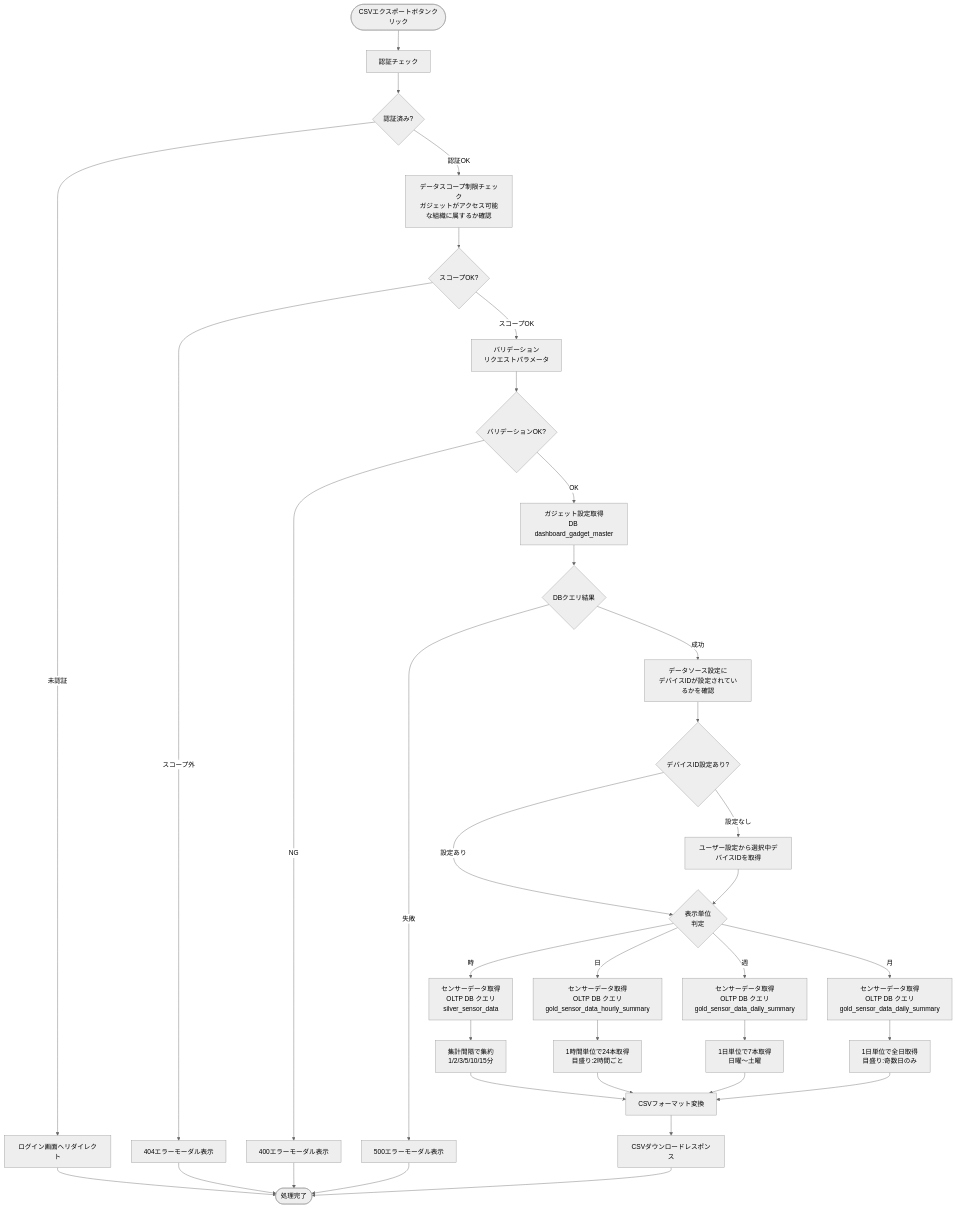
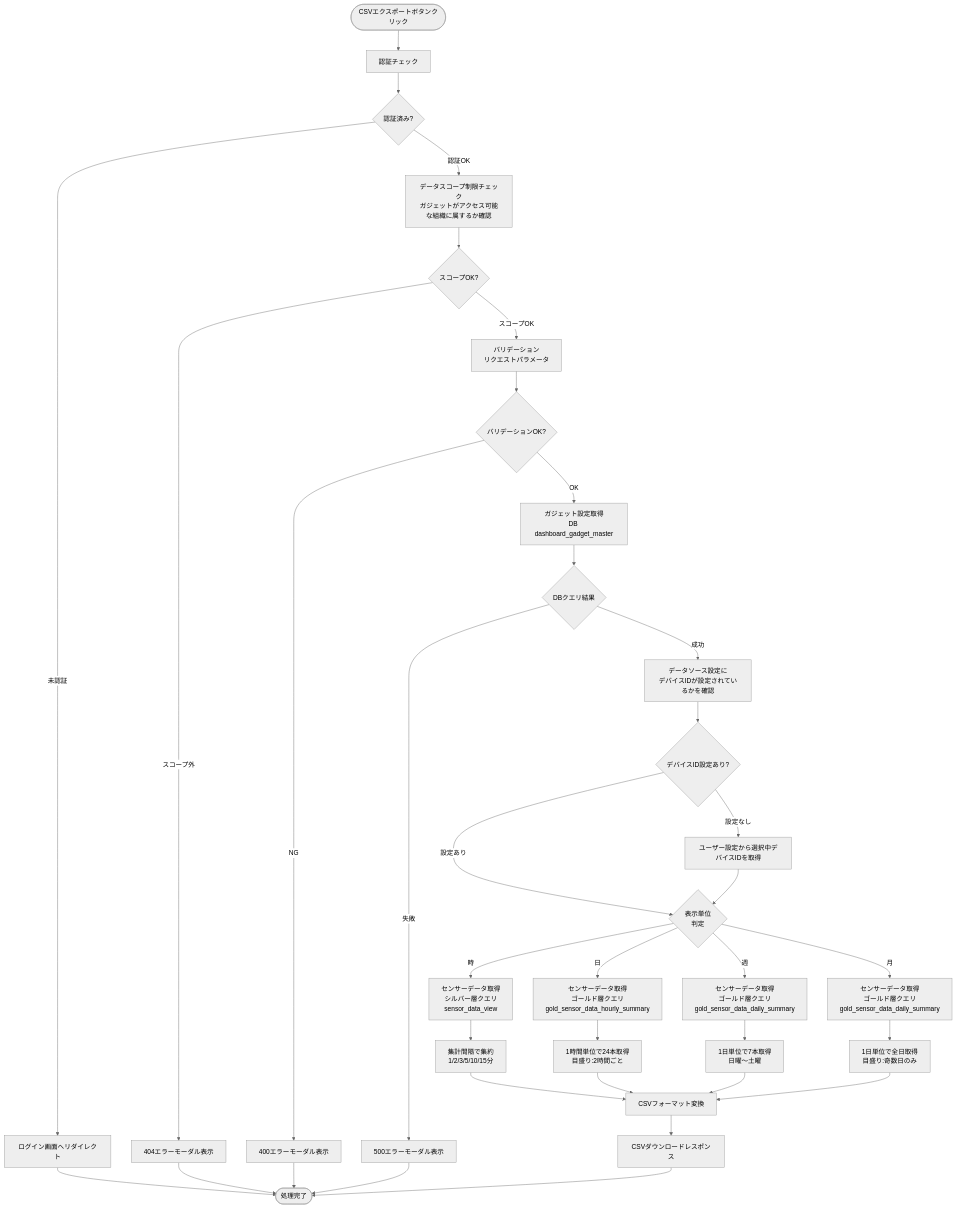
The fourth of 4 diagrams in docs/03-features/flask-app/customer-dashboard/bar-chart/workflow-specification.md (NSW-SVCP-AIWG002/Databricks-IoT), drawn with Mermaid (neutral theme) before and after one commit. The commit also changed other lines of this file and 16 other files, not shown here.

````diff
--- a/docs/03-features/flask-app/customer-dashboard/bar-chart/workflow-specification.md
+++ b/docs/03-features/flask-app/customer-dashboard/bar-chart/workflow-specification.md
@@ -1522,50 +1085,50 @@
 ```mermaid
 flowchart TD
     Start([CSVエクスポートボタンクリック]) --> Auth[認証チェック]
     Auth --> CheckAuth{認証済み?}
     CheckAuth -->|未認証| LoginRedirect[ログイン画面へリダイレクト]
     CheckAuth -->|認証OK| Scope[データスコープ制限チェック<br>ガジェットがアクセス可能な組織に属するか確認]
 
     Scope --> CheckScope{スコープOK?}
     CheckScope -->|スコープ外| Error404[404エラーモーダル表示]
     CheckScope -->|スコープOK| Validate[バリデーション<br>リクエストパラメータ]
 
     Validate --> CheckValidate{バリデーションOK?}
     CheckValidate -->|NG| Error400[400エラーモーダル表示]
     CheckValidate -->|OK| GetConfig[ガジェット設定取得<br>DB dashboard_gadget_master]
 
     GetConfig --> CheckGetConfig{DBクエリ結果}
     CheckGetConfig -->|失敗| Error500[500エラーモーダル表示]
     CheckGetConfig -->|成功| CheckDeviceId[データソース設定に<br>デバイスIDが設定されているかを確認]
 
     CheckDeviceId --> ExistDeviceId{デバイスID設定あり?}
     ExistDeviceId -->|設定なし| GetUserSetting[ユーザー設定から選択中デバイスIDを取得]
     ExistDeviceId -->|設定あり| UnitCheck{表示単位<br>判定}
 
     GetUserSetting --> UnitCheck
 
-    UnitCheck -->|時| QuerySilver[センサーデータ取得<br>OLTP DB クエリ<br>silver_sensor_data]
+    UnitCheck -->|時| QuerySilver[センサーデータ取得<br>シルバー層クエリ<br>sensor_data_view]
     QuerySilver --> AggregateSilver[集計間隔で集約<br>1/2/3/5/10/15分]
 
-    UnitCheck -->|日| QueryGoldDay[センサーデータ取得<br>OLTP DB クエリ<br>gold_sensor_data_hourly_summary]
+    UnitCheck -->|日| QueryGoldDay[センサーデータ取得<br>ゴールド層クエリ<br>gold_sensor_data_hourly_summary]
     QueryGoldDay --> AggregateDay[1時間単位で24本取得<br>目盛り:2時間ごと]
 
-    UnitCheck -->|週| QueryGoldWeek[センサーデータ取得<br>OLTP DB クエリ<br>gold_sensor_data_daily_summary]
+    UnitCheck -->|週| QueryGoldWeek[センサーデータ取得<br>ゴールド層クエリ<br>gold_sensor_data_daily_summary]
     QueryGoldWeek --> AggregateWeek[1日単位で7本取得<br>日曜〜土曜]
 
-    UnitCheck -->|月| QueryGoldMonth[センサーデータ取得<br>OLTP DB クエリ<br>gold_sensor_data_daily_summary]
+    UnitCheck -->|月| QueryGoldMonth[センサーデータ取得<br>ゴールド層クエリ<br>gold_sensor_data_daily_summary]
     QueryGoldMonth --> AggregateMonth[1日単位で全日取得<br>目盛り:奇数日のみ]
 
     AggregateSilver --> FormatCSV[CSVフォーマット変換]
     AggregateDay --> FormatCSV
     AggregateWeek --> FormatCSV
     AggregateMonth --> FormatCSV
 
     FormatCSV --> Response[CSVダウンロードレスポンス]
 
     LoginRedirect --> End([処理完了])
     Error404 --> End
     Error400 --> End
     Error500 --> End
     Response --> End
 ```
````
